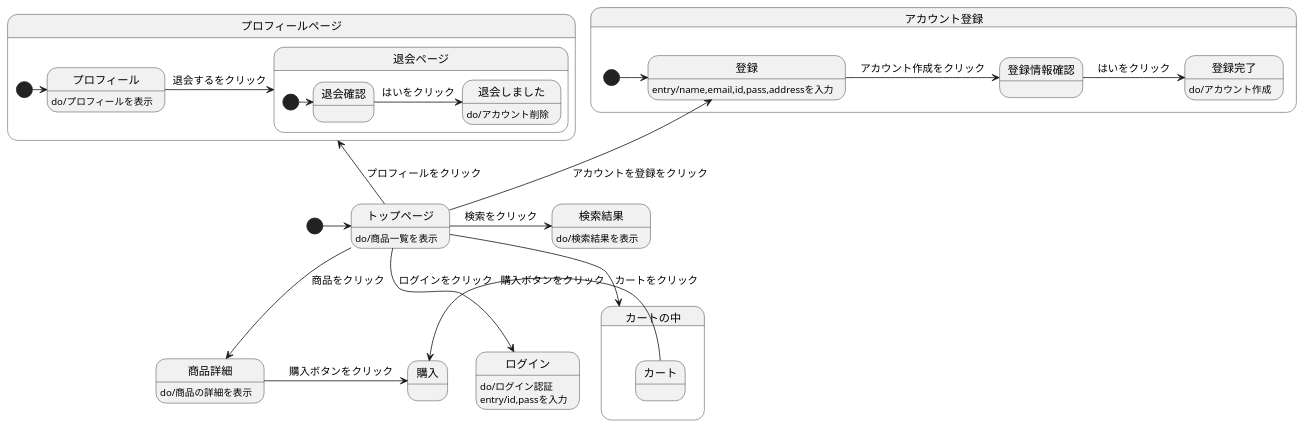
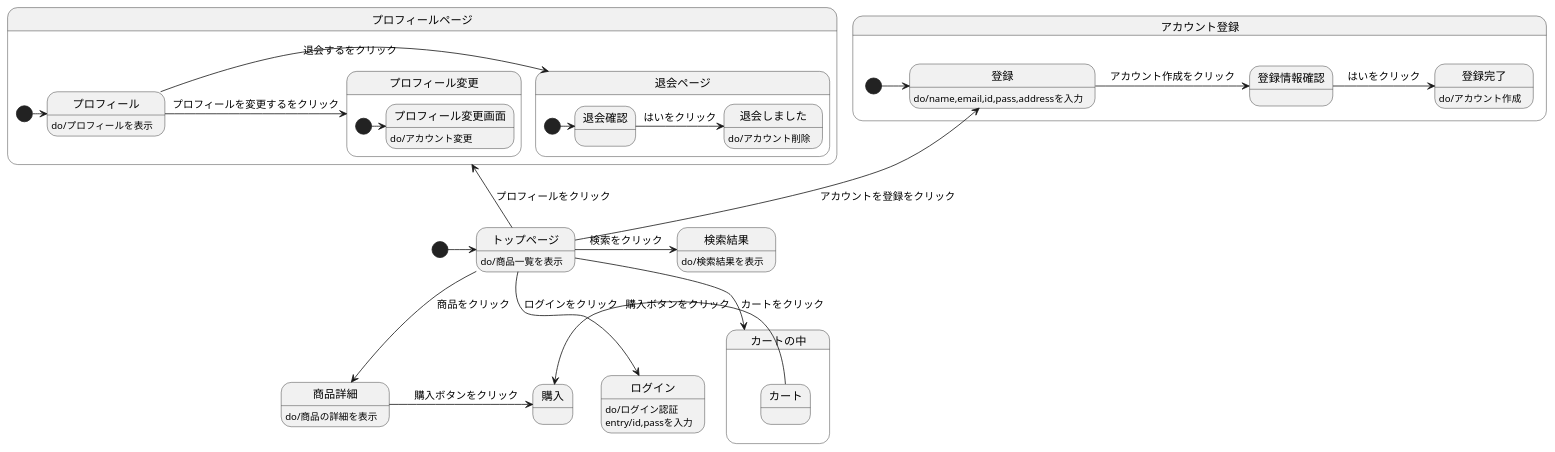
One commit to Aso2001159/2021sys-design changed the diagram in stm01.md. Above: the diagram before and after it, drawn with PlantUML.

````diff
--- a/stm01.md
+++ b/stm01.md
@@ -1,39 +1,44 @@
 ```uml
 
 @startuml
 [*]->トップページ
 トップページ : do/商品一覧を表示
 トップページ-->商品詳細 : 商品をクリック
   商品詳細 : do/商品の詳細を表示
   商品詳細->購入 :　購入ボタンをクリック
 トップページ-down->ログイン :ログインをクリック
   ログイン : do/ログイン認証
   ログイン : entry/id,passを入力
 トップページ-->カートの中 :カートをクリック
 state カートの中{
   カート -> 購入 : 購入ボタンをクリック
 }
 state アカウント登録{
 [*]-> 登録 
   トップページ-up-> 登録 :アカウントを登録をクリック
-  登録 : entry/name,email,id,pass,addressを入力
+  登録 : do/name,email,id,pass,addressを入力
   登録 ->登録情報確認: アカウント作成をクリック
   登録情報確認 -> 登録完了: はいをクリック
     登録完了: do/アカウント作成
   }
 トップページ->検索結果 :検索をクリック
   検索結果 : do/検索結果を表示
 トップページ-up->プロフィールページ :プロフィールをクリック
 state プロフィールページ{
 [*] -> プロフィール
 プロフィール : do/プロフィールを表示
   プロフィール ->退会ページ :退会するをクリック
   state 退会ページ{
     [*]-> 退会確認 
     退会確認-> 退会しました : はいをクリック
       退会しました : do/アカウント削除
     }
+    プロフィール -> プロフィール変更 : プロフィールを変更するをクリック
+    state プロフィール変更{
+      [*]-> プロフィール変更画面
+      プロフィール変更画面 : do/アカウント変更
+    }
  }
 @enduml
 
 ```
````
